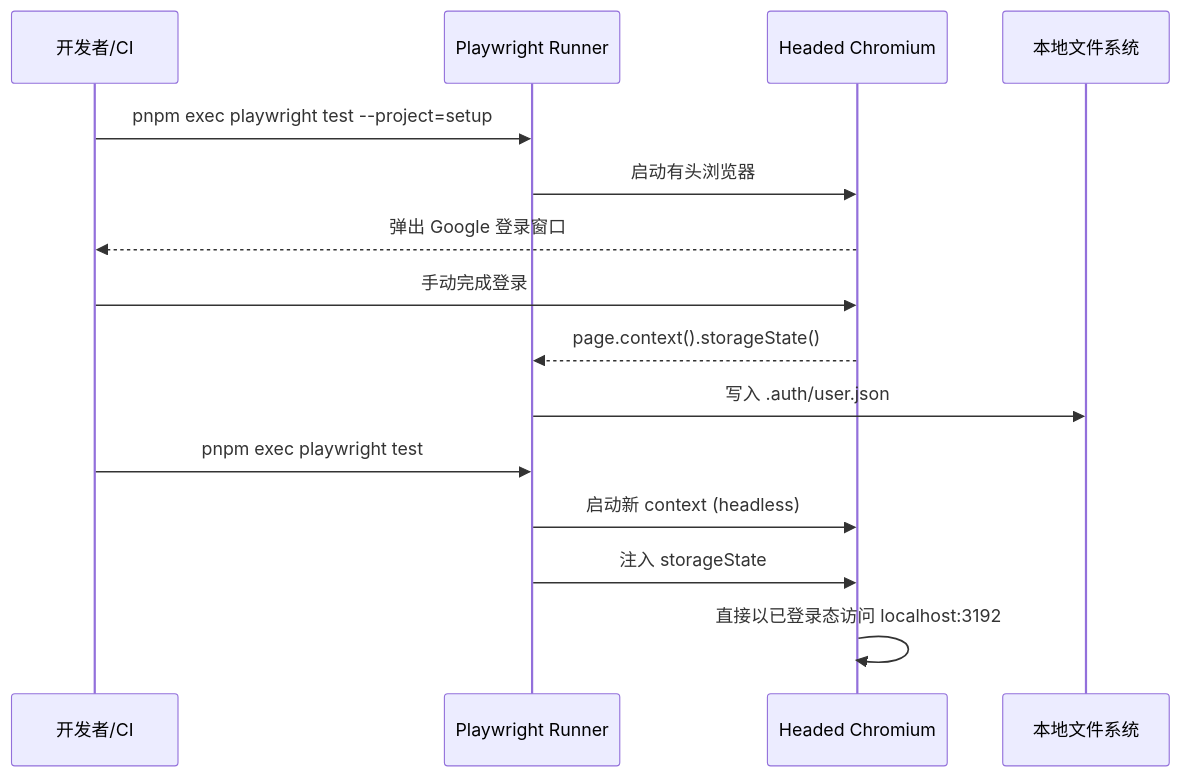
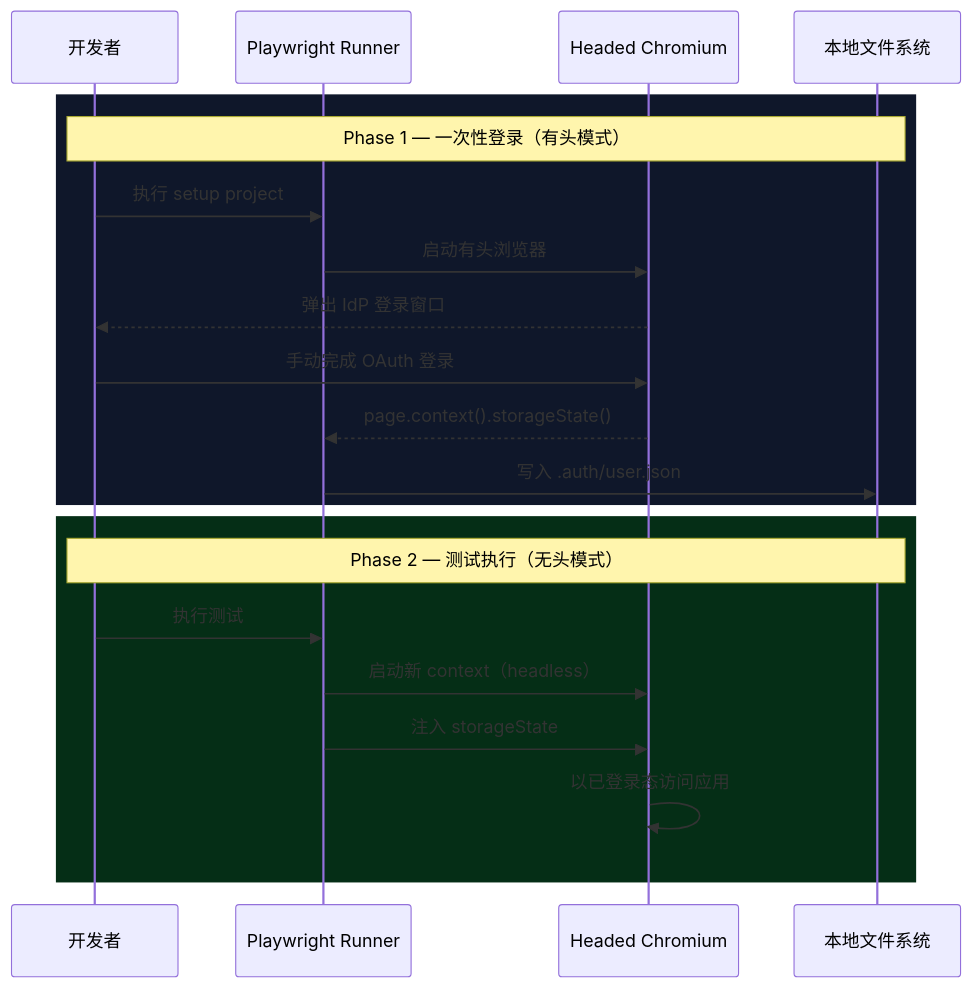
The third of 3 diagrams in docs/agents/browser-validation.md (ThreeFish-AI/negentropy), drawn with Mermaid before and after one commit. The commit also changed other lines of this file and 559 other files, not shown here.

````diff
--- a/docs/agents/browser-validation.md
+++ b/docs/agents/browser-validation.md
@@ -100,19 +334,25 @@
 ```mermaid
 sequenceDiagram
-  participant Dev as 开发者/CI
+  participant Dev as 开发者
   participant PW as Playwright Runner
   participant Browser as Headed Chromium
   participant FS as 本地文件系统
 
-  Dev->>PW: pnpm exec playwright test --project=setup
-  PW->>Browser: 启动有头浏览器
-  Browser-->>Dev: 弹出 Google 登录窗口
-  Dev->>Browser: 手动完成登录
-  Browser-->>PW: page.context().storageState()
-  PW->>FS: 写入 .auth/user.json
+  rect rgb(15, 23, 42)
+    Note over Dev,FS: Phase 1 — 一次性登录（有头模式）
+    Dev->>PW: 执行 setup project
+    PW->>Browser: 启动有头浏览器
+    Browser-->>Dev: 弹出 IdP 登录窗口
+    Dev->>Browser: 手动完成 OAuth 登录
+    Browser-->>PW: page.context().storageState()
+    PW->>FS: 写入 .auth/user.json
+  end
 
-  Dev->>PW: pnpm exec playwright test
-  PW->>Browser: 启动新 context (headless)
-  PW->>Browser: 注入 storageState
-  Browser->>Browser: 直接以已登录态访问 localhost:3192
+  rect rgb(5, 46, 22)
+    Note over Dev,FS: Phase 2 — 测试执行（无头模式）
+    Dev->>PW: 执行测试
+    PW->>Browser: 启动新 context（headless）
+    PW->>Browser: 注入 storageState
+    Browser->>Browser: 以已登录态访问应用
+  end
 ```
````
